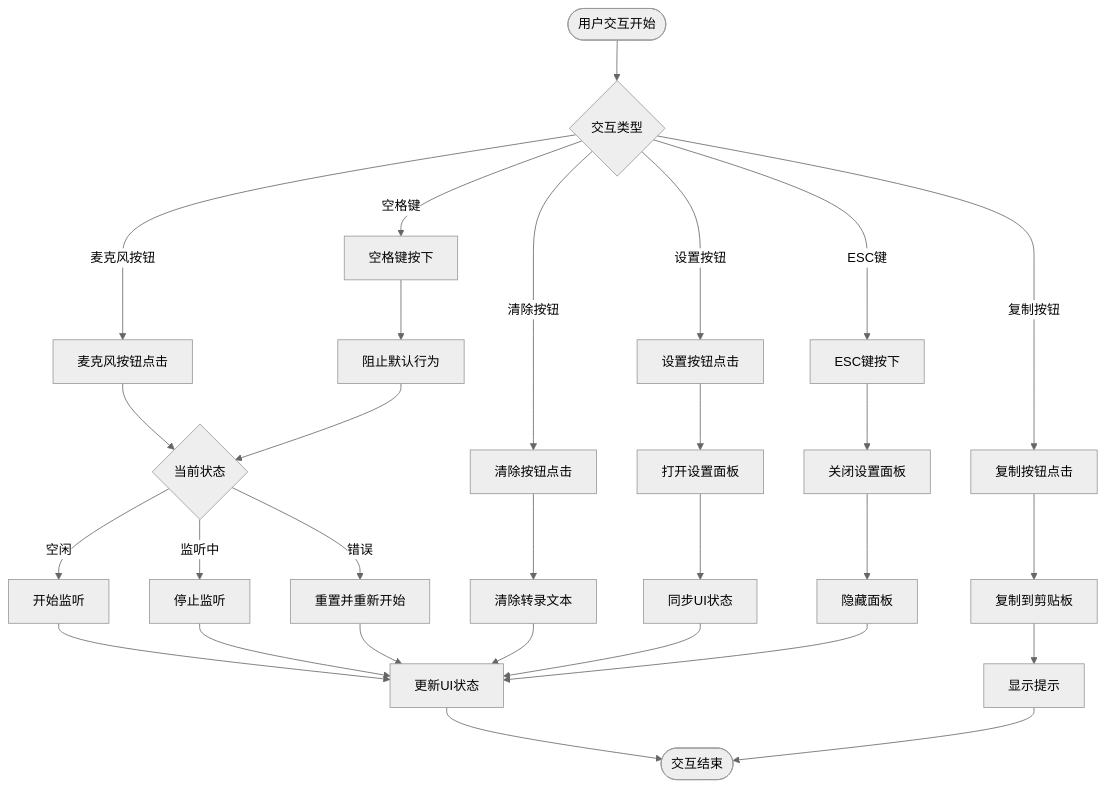
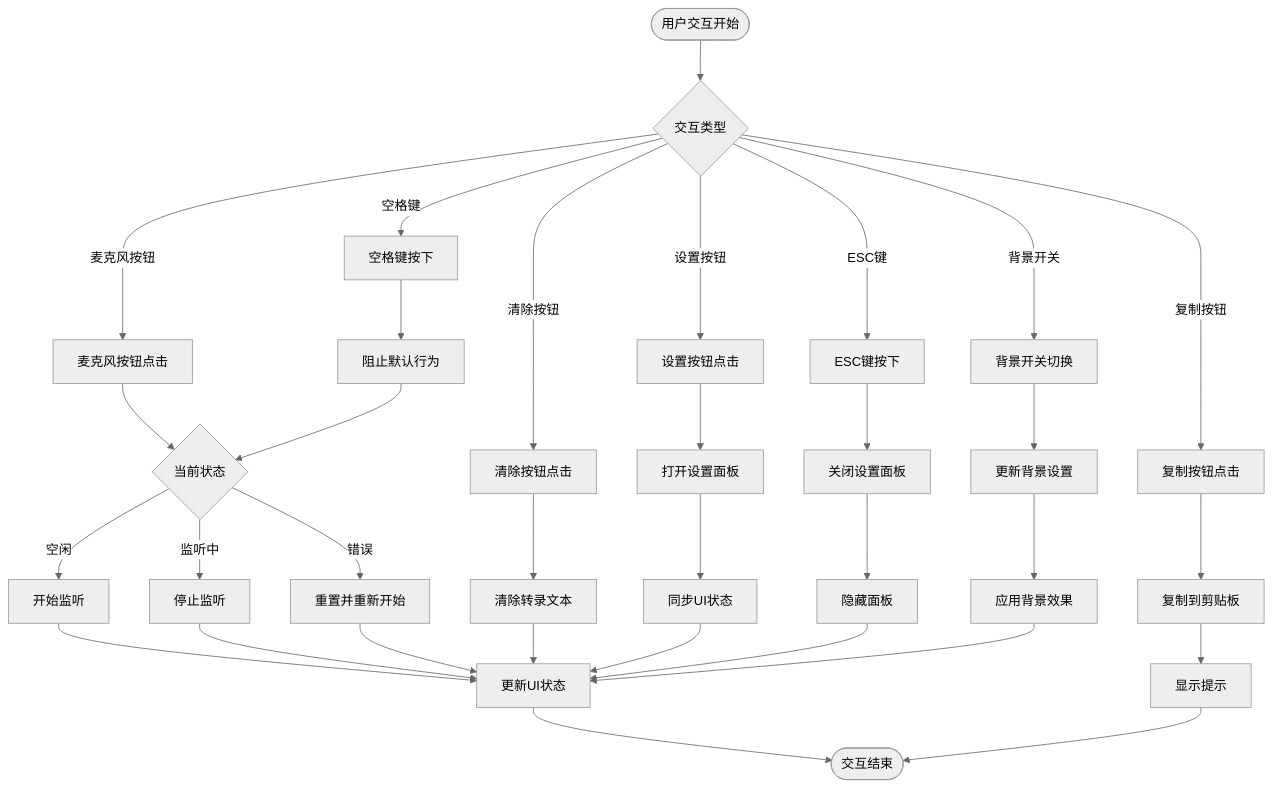
One commit to db300/MySpeechRecognition changed the fifth of 9 diagrams in .qoder/repowiki/zh/content/API参考文档/App 控制器 API.md. Above: the diagram before and after it, drawn with Mermaid (neutral theme). The commit also changed other lines of this file and 24 other files, not shown here.

````diff
--- a/.qoder/repowiki/zh/content/API参考文档/App 控制器 API.md
+++ b/.qoder/repowiki/zh/content/API参考文档/App 控制器 API.md
@@ -242,31 +284,35 @@
 ```mermaid
 flowchart TD
 Start([用户交互开始]) --> EventType{"交互类型"}
 EventType --> |麦克风按钮| MicClick["麦克风按钮点击"]
 EventType --> |空格键| SpaceKey["空格键按下"]
 EventType --> |清除按钮| ClearBtn["清除按钮点击"]
 EventType --> |复制按钮| CopyBtn["复制按钮点击"]
 EventType --> |设置按钮| SettingsBtn["设置按钮点击"]
 EventType --> |ESC键| EscapeKey["ESC键按下"]
+EventType --> |背景开关| ToggleBg["背景开关切换"]
 MicClick --> ToggleState{"当前状态"}
 ToggleState --> |空闲| StartListening["开始监听"]
 ToggleState --> |监听中| StopListening["停止监听"]
 ToggleState --> |错误| ResetAndStart["重置并重新开始"]
 SpaceKey --> PreventDefault["阻止默认行为"]
 PreventDefault --> ToggleState
 ClearBtn --> ClearTranscript["清除转录文本"]
 CopyBtn --> CopyToClipboard["复制到剪贴板"]
 SettingsBtn --> OpenSettings["打开设置面板"]
 EscapeKey --> CloseSettings["关闭设置面板"]
+ToggleBg --> UpdateBgSetting["更新背景设置"]
+UpdateBgSetting --> ApplyBgEffect["应用背景效果"]
 OpenSettings --> SyncUI["同步UI状态"]
 CloseSettings --> HidePanel["隐藏面板"]
 StartListening --> UpdateUI["更新UI状态"]
 StopListening --> UpdateUI
 ResetAndStart --> UpdateUI
 ClearTranscript --> UpdateUI
 CopyToClipboard --> ShowToast["显示提示"]
 SyncUI --> UpdateUI
 HidePanel --> UpdateUI
+ApplyBgEffect --> UpdateUI
 UpdateUI --> End([交互结束])
 ShowToast --> End
 ```
````
